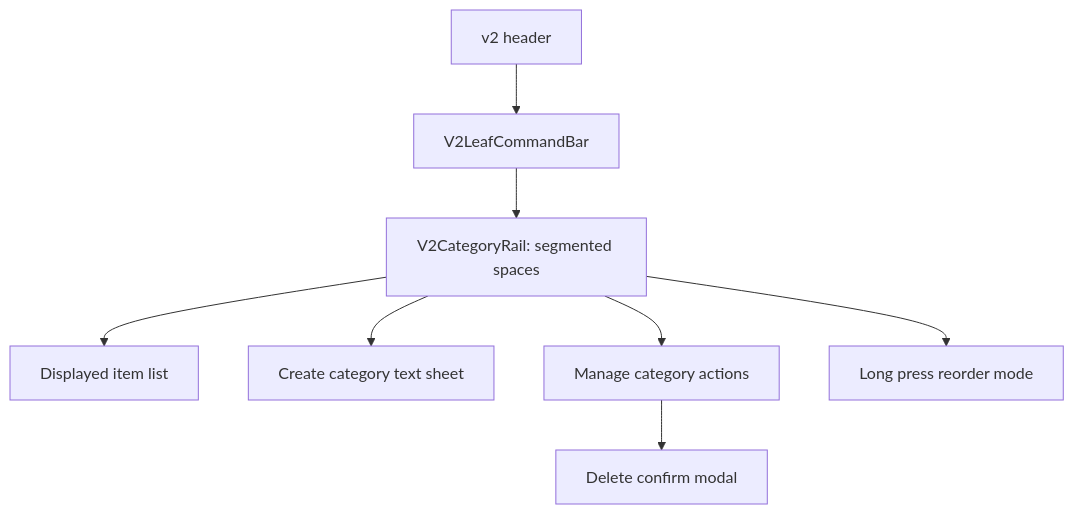
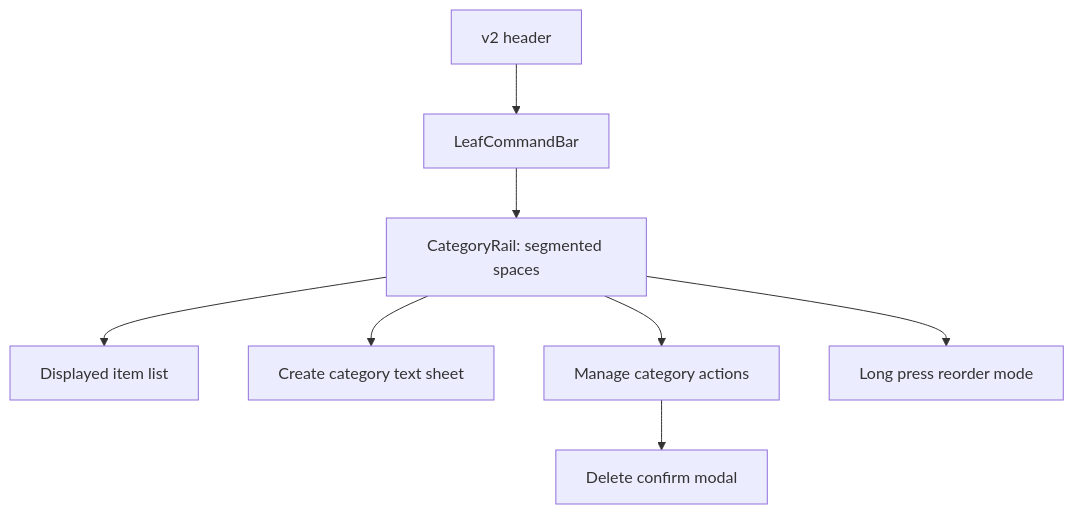
One commit to U-Keun/Tickly changed the second of 2 diagrams in docs/v2-notes/003-category-and-tags-direction.md. Above: the diagram before and after it, drawn with Mermaid. The commit also changed other lines of this file and 167 other files, not shown here.

````diff
--- a/docs/v2-notes/003-category-and-tags-direction.md
+++ b/docs/v2-notes/003-category-and-tags-direction.md
@@ -24,10 +24,10 @@
 ```mermaid
 flowchart TB
-  Header["v2 header"] --> Tools["V2LeafCommandBar"]
-  Tools --> Rail["V2CategoryRail: segmented spaces"]
+  Header["v2 header"] --> Tools["LeafCommandBar"]
+  Tools --> Rail["CategoryRail: segmented spaces"]
   Rail --> List["Displayed item list"]
   Rail --> Add["Create category text sheet"]
   Rail --> Manage["Manage category actions"]
   Rail --> Reorder["Long press reorder mode"]
   Manage --> Confirm["Delete confirm modal"]
 ```
````
